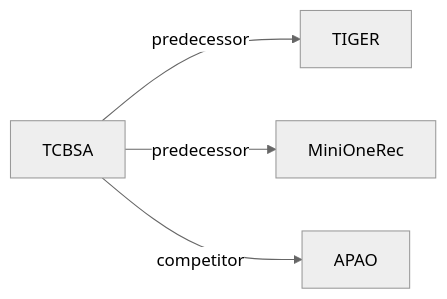
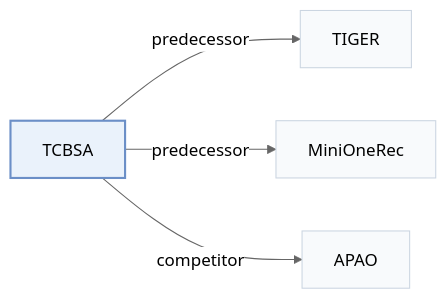
Before and after one commit to Galaxy-ghost/Awesome-SID-Generative-Rec: the second of 2 diagrams in pages/papers/tcbsa.md, drawn with Mermaid (neutral theme). The commit also changed other lines of this file and 649 other files, not shown here.

Commit message:
writer-05: also tags and modality index (schema, check, build, visuals); summary field removed; calibration data for 12 papers

````diff
--- a/pages/papers/tcbsa.md
+++ b/pages/papers/tcbsa.md
@@ -69,7 +74,11 @@
 ```mermaid
 flowchart LR
     P["TCBSA"]
-    P -->|predecessor| A["TIGER"]
-    P -->|predecessor| B["MiniOneRec"]
-    P -->|competitor| C["APAO"]
+    P -->|"predecessor"| A["TIGER"]
+    P -->|"predecessor"| B["MiniOneRec"]
+    P -->|"competitor"| C["APAO"]
+    classDef main fill:#eaf2fb,stroke:#6b8fc7,stroke-width:2px
+    classDef peer fill:#f8fafc,stroke:#cbd5e1
+    class P main
+    class A,B,C peer
 ```
````
